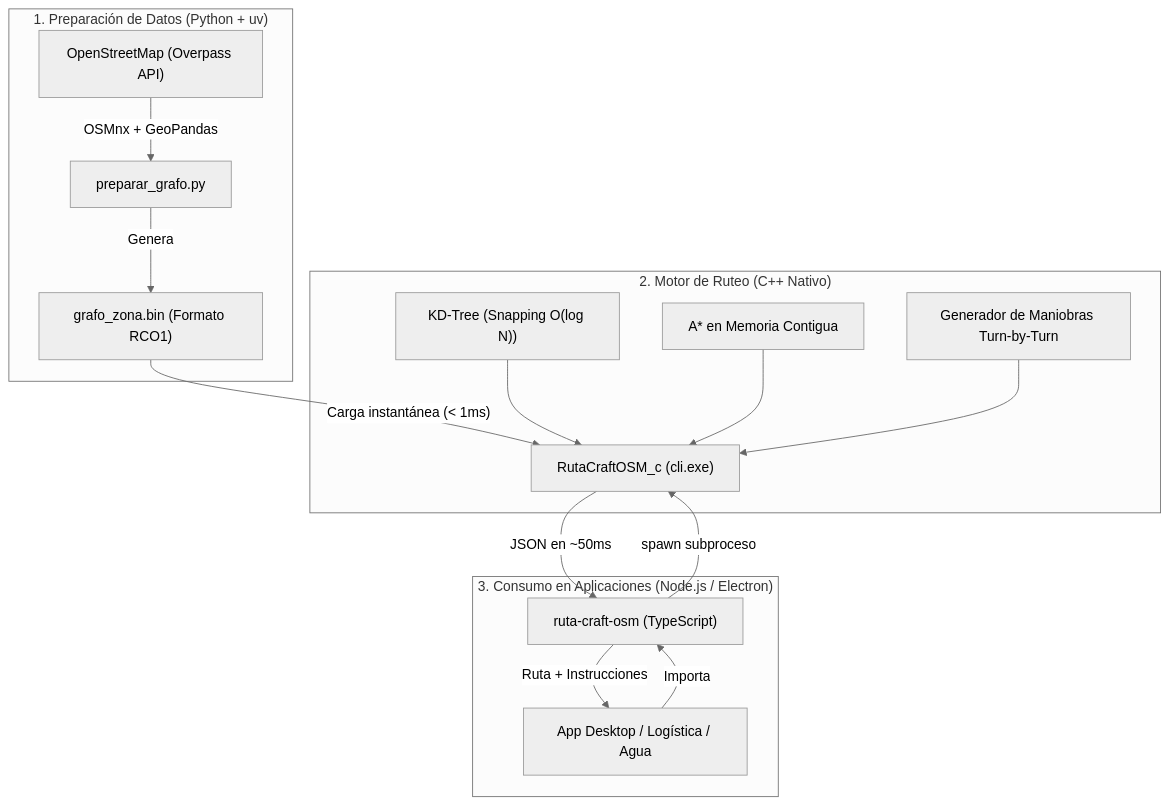
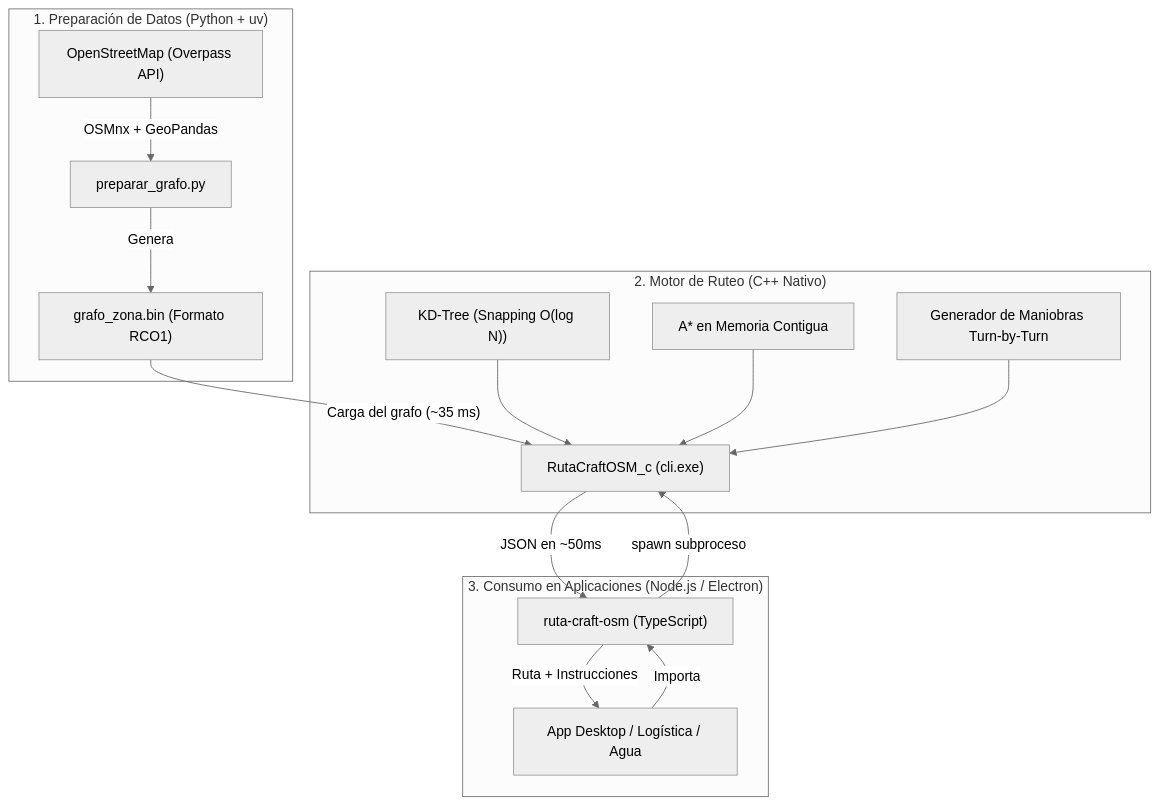
One commit to Mahynlo/RutaCraftOSM changed the diagram in docs/1_ARQUITECTURA_Y_MIGRACION.md. Above: the diagram before and after it, drawn with Mermaid (neutral theme). The commit also changed other lines of this file and 18 other files, not shown here.

````diff
--- a/docs/1_ARQUITECTURA_Y_MIGRACION.md
+++ b/docs/1_ARQUITECTURA_Y_MIGRACION.md
@@ -7,21 +7,21 @@
 ```mermaid
 flowchart TD
     subgraph Capa_Preparacion ["1. Preparación de Datos (Python + uv)"]
         OSM["OpenStreetMap (Overpass API)"] -->|OSMnx + GeoPandas| PREP["preparar_grafo.py"]
         PREP -->|Genera| BIN["grafo_zona.bin (Formato RCO1)"]
     end
 
     subgraph Capa_Motor ["2. Motor de Ruteo (C++ Nativo)"]
-        BIN -->|"Carga instantánea (< 1ms)"| MOTOR["RutaCraftOSM_c (cli.exe)"]
+        BIN -->|"Carga del grafo (~35 ms)"| MOTOR["RutaCraftOSM_c (cli.exe)"]
         KDTREE["KD-Tree (Snapping O(log N))"] --> MOTOR
         ASTAR["A* en Memoria Contigua"] --> MOTOR
         INST["Generador de Maniobras Turn-by-Turn"] --> MOTOR
     end
 
     subgraph Capa_Consumo ["3. Consumo en Aplicaciones (Node.js / Electron)"]
         APP["App Desktop / Logística / Agua"] -->|Importa| WRAPPER["ruta-craft-osm (TypeScript)"]
         WRAPPER -->|spawn subproceso| MOTOR
         MOTOR -->|JSON en ~50ms| WRAPPER
         WRAPPER -->|Ruta + Instrucciones| APP
     end
 ```
````
